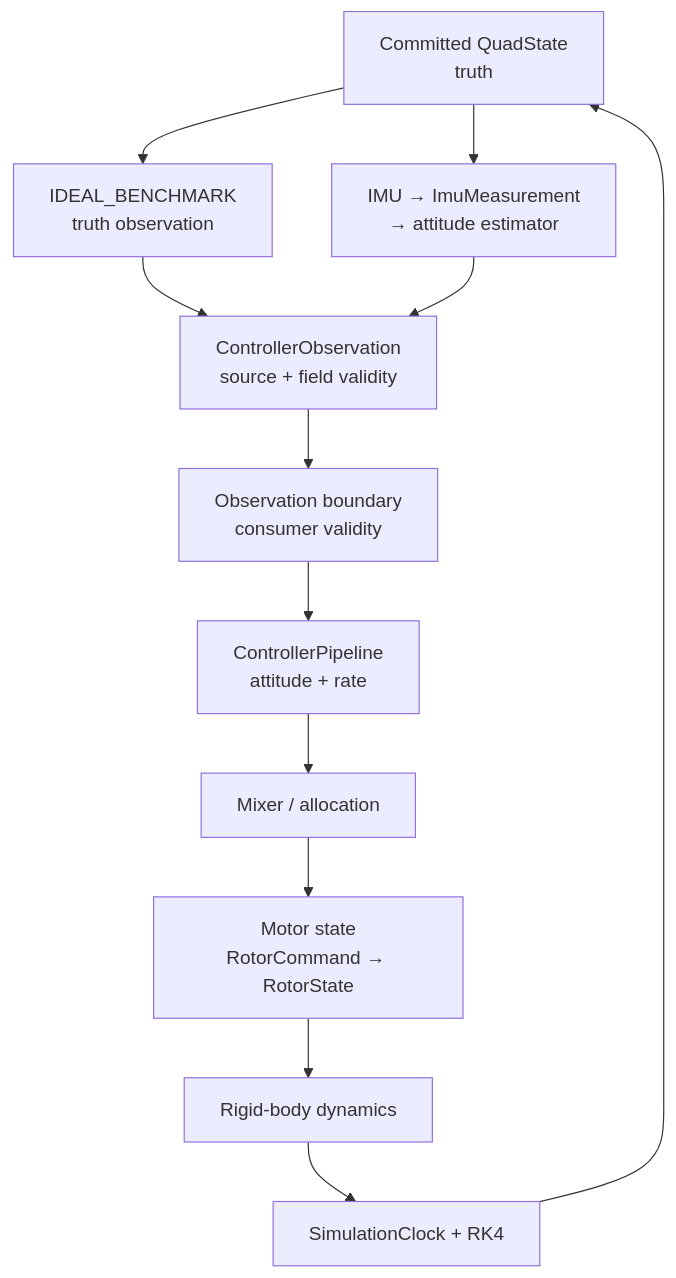
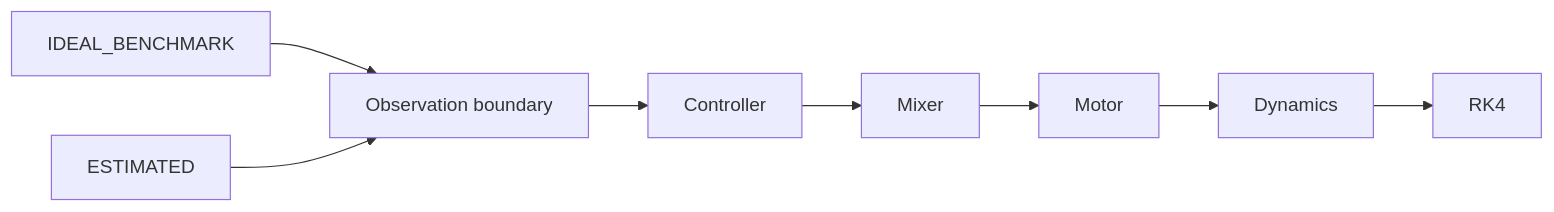
Before and after one commit to feiranzhao15077/Research-Portfolio: the diagram in projects/QuadControl-Lab/README.md, drawn with Mermaid. The commit also changed other lines of this file, not shown here.

Commit message:
docs(profile): standardize QuadControl project showcase

````diff
--- a/projects/QuadControl-Lab/README.md
+++ b/projects/QuadControl-Lab/README.md
@@ -24,20 +34,13 @@
 ```mermaid
-flowchart TB
-    accTitle: QuadControl-Lab system architecture
-    accDescr: IMU measurements can pass through a minimal attitude estimator or the formal runner can use an explicit benchmark truth observation. Both paths cross an observation boundary before controller, mixer, motor, rigid-body dynamics, and integrator stages.
+flowchart LR
+    accTitle: QuadControl-Lab Core Pipeline
+    accDescr: IDEAL_BENCHMARK and ESTIMATED observation paths enter a shared boundary before the controller, mixer, motor, rigid-body dynamics, and RK4 integration stages.
 
-    truth_state["Committed QuadState\ntruth"]
-    ideal_path["IDEAL_BENCHMARK\ntruth observation"]
-    imu_path["IMU → ImuMeasurement\n→ attitude estimator"]
-    observation["ControllerObservation\nsource + field validity"]
-    adapter["Observation boundary\nconsumer validity"]
-    controller["ControllerPipeline\nattitude + rate"]
-    mixer["Mixer / allocation"]
-    motor["Motor state\nRotorCommand → RotorState"]
-    dynamics["Rigid-body dynamics"]
-    integrator["SimulationClock + RK4"]
-
-    truth_state --> ideal_path --> observation
-    truth_state --> imu_path --> observation
-    observation --> adapter --> controller --> mixer --> motor --> dynamics --> integrator --> truth_state
+    ideal_benchmark["IDEAL_BENCHMARK"] --> observation_boundary["Observation boundary"]
+    estimated["ESTIMATED"] --> observation_boundary
+    observation_boundary --> controller["Controller"]
+    controller --> mixer["Mixer"]
+    mixer --> motor["Motor"]
+    motor --> dynamics["Dynamics"]
+    dynamics --> rk4["RK4"]
 ```
````
